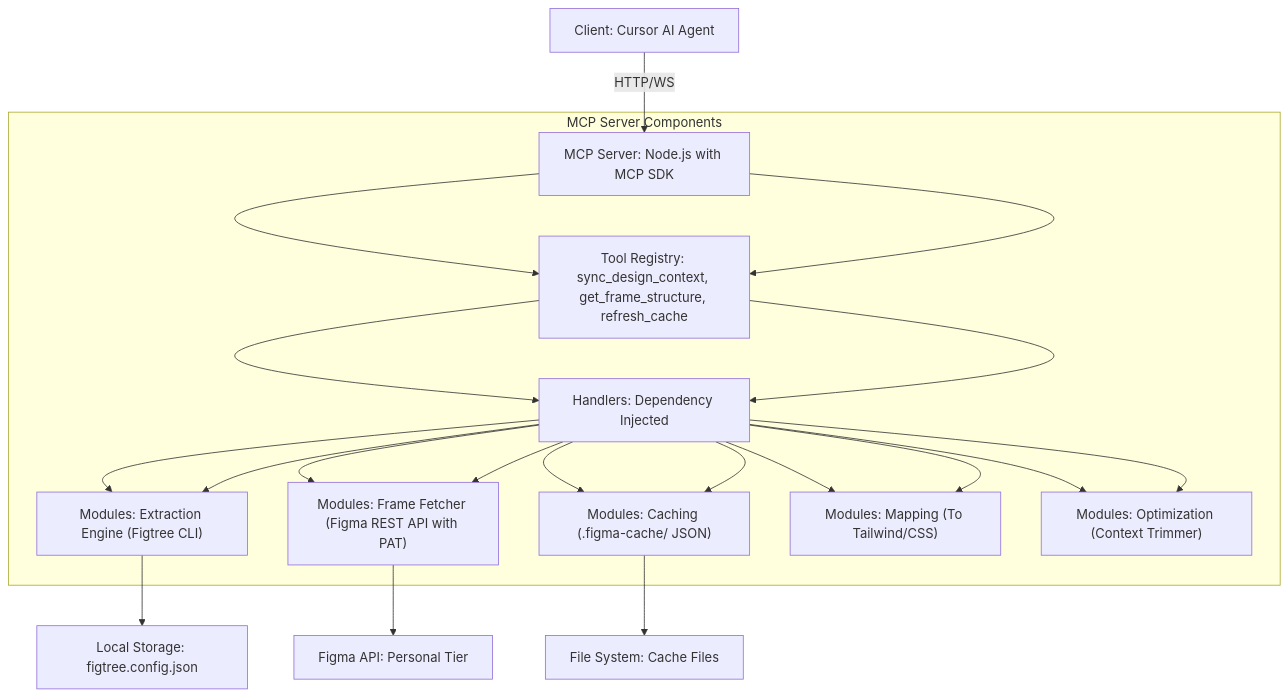
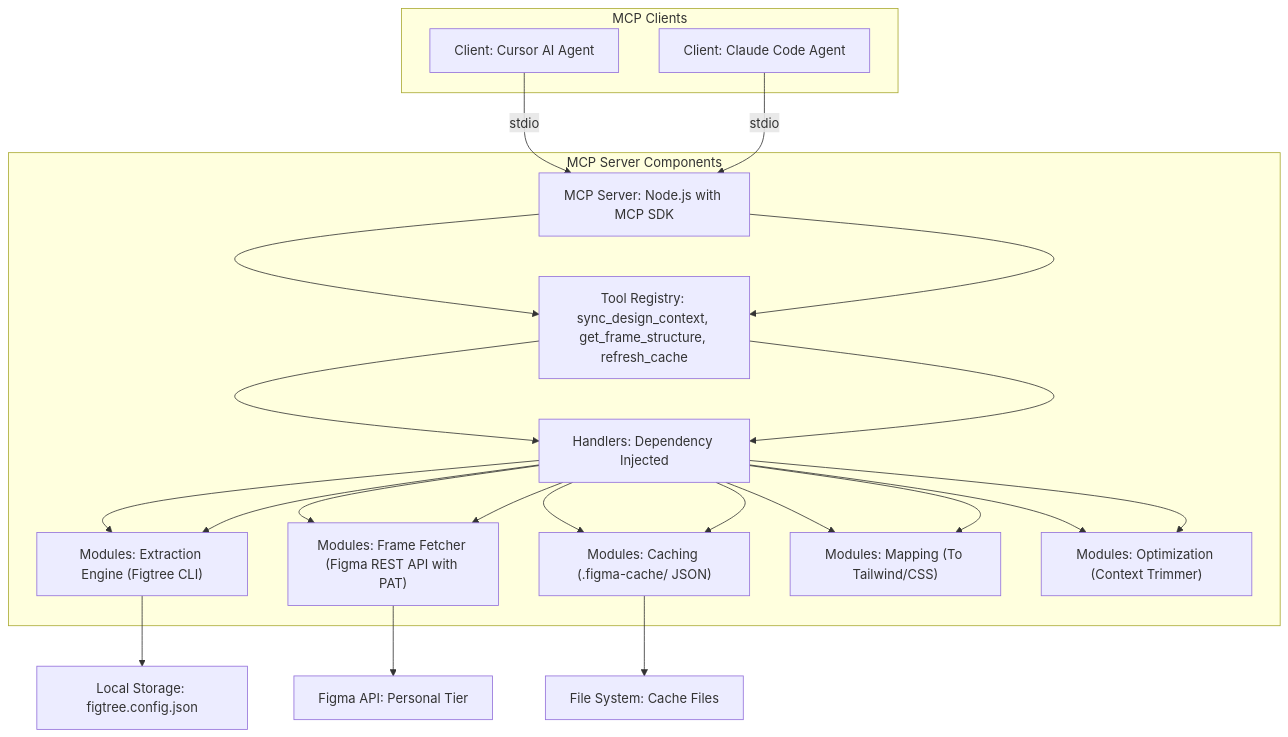
The second of 5 diagrams in docs/DIAGRAMS..md (decagondev/figma-bridge-mcp), drawn with Mermaid before and after one commit. The commit also changed other lines of this file and 2 other files, not shown here.

First line of the commit message:
Enhance README and documentation for Figma-Bridge MCP

````diff
--- a/docs/DIAGRAMS..md
+++ b/docs/DIAGRAMS..md
@@ -28,21 +28,26 @@
 ```mermaid
 flowchart TD
-    A["Client: Cursor AI Agent"] -->|"HTTP/WS"| B["MCP Server: Node.js with MCP SDK"]
+    A1["Client: Cursor AI Agent"] -->|"stdio"| B["MCP Server: Node.js with MCP SDK"]
+    A2["Client: Claude Code Agent"] -->|"stdio"| B
     B --> C["Tool Registry: sync_design_context, get_frame_structure, refresh_cache"]
     C --> D["Handlers: Dependency Injected"]
     D --> E["Modules: Extraction Engine (Figtree CLI)"]
     D --> F["Modules: Frame Fetcher (Figma REST API with PAT)"]
     D --> G["Modules: Caching (.figma-cache/ JSON)"]
     D --> H["Modules: Mapping (To Tailwind/CSS)"]
     D --> I["Modules: Optimization (Context Trimmer)"]
     E --> J["Local Storage: figtree.config.json"]
     F --> K["Figma API: Personal Tier"]
     G --> L["File System: Cache Files"]
     subgraph "MCP Server Components"
         B --> C --> D --> E
         D --> F
         D --> G
         D --> H
         D --> I
     end
+    subgraph "MCP Clients"
+        A1
+        A2
+    end
 ```
````
